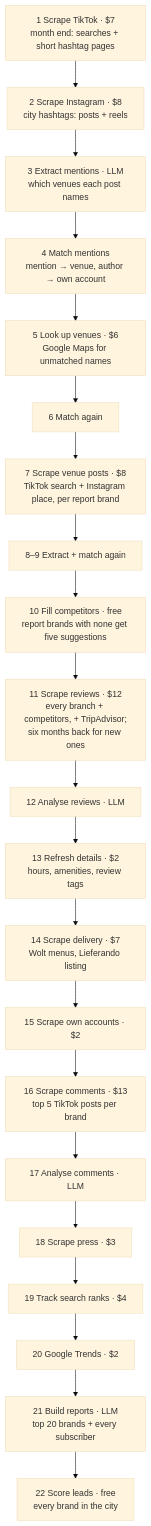
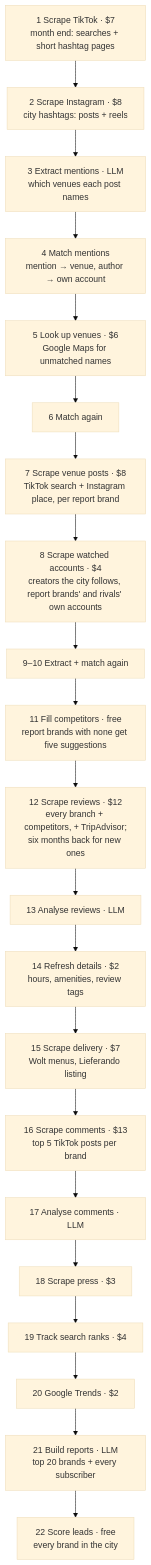
Before and after one commit to batuhandirek/culinary-report-monorepo: the first of 2 diagrams in human-docs/03-timeline-and-triggers.md, drawn with Mermaid (base theme). The commit also changed other lines of this file and 610 other files, not shown here.

````diff
--- a/human-docs/03-timeline-and-triggers.md
+++ b/human-docs/03-timeline-and-triggers.md
@@ -37,23 +39,23 @@
 ```mermaid
 flowchart TD
     A["1 Scrape TikTok · $7<br/>month end: searches + short hashtag pages"] --> B["2 Scrape Instagram · $8<br/>city hashtags: posts + reels"]
     B --> C["3 Extract mentions · LLM<br/>which venues each post names"]
     C --> D["4 Match mentions<br/>mention → venue, author → own account"]
     D --> E["5 Look up venues · $6<br/>Google Maps for unmatched names"]
     E --> F["6 Match again"]
     F --> G["7 Scrape venue posts · $8<br/>TikTok search + Instagram place, per report brand"]
-    G --> H["8–9 Extract + match again"]
-    H --> H2["10 Fill competitors · free<br/>report brands with none get five suggestions"]
-    H2 --> I["11 Scrape reviews · $12<br/>every branch + competitors, + TripAdvisor;<br/>six months back for new ones"]
-    I --> J["12 Analyse reviews · LLM"]
-    J --> K["13 Refresh details · $2<br/>hours, amenities, review tags"]
-    K --> L["14 Scrape delivery · $7<br/>Wolt menus, Lieferando listing"]
-    L --> M["15 Scrape own accounts · $2"]
-    M --> N["16 Scrape comments · $13<br/>top 5 TikTok posts per brand"]
+    G --> G2["8 Scrape watched accounts · $4<br/>creators the city follows, report brands' and rivals' own accounts"]
+    G2 --> H["9–10 Extract + match again"]
+    H --> H2["11 Fill competitors · free<br/>report brands with none get five suggestions"]
+    H2 --> I["12 Scrape reviews · $12<br/>every branch + competitors, + TripAdvisor;<br/>six months back for new ones"]
+    I --> J["13 Analyse reviews · LLM"]
+    J --> K["14 Refresh details · $2<br/>hours, amenities, review tags"]
+    K --> L["15 Scrape delivery · $7<br/>Wolt menus, Lieferando listing"]
+    L --> N["16 Scrape comments · $13<br/>top 5 TikTok posts per brand"]
     N --> O["17 Analyse comments · LLM"]
     O --> P["18 Scrape press · $3"]
     P --> Q["19 Track search ranks · $4"]
     Q --> R["20 Google Trends · $2"]
     R --> S["21 Build reports · LLM<br/>top 20 brands + every subscriber"]
     S --> T["22 Score leads · free<br/>every brand in the city"]
 ```
````
